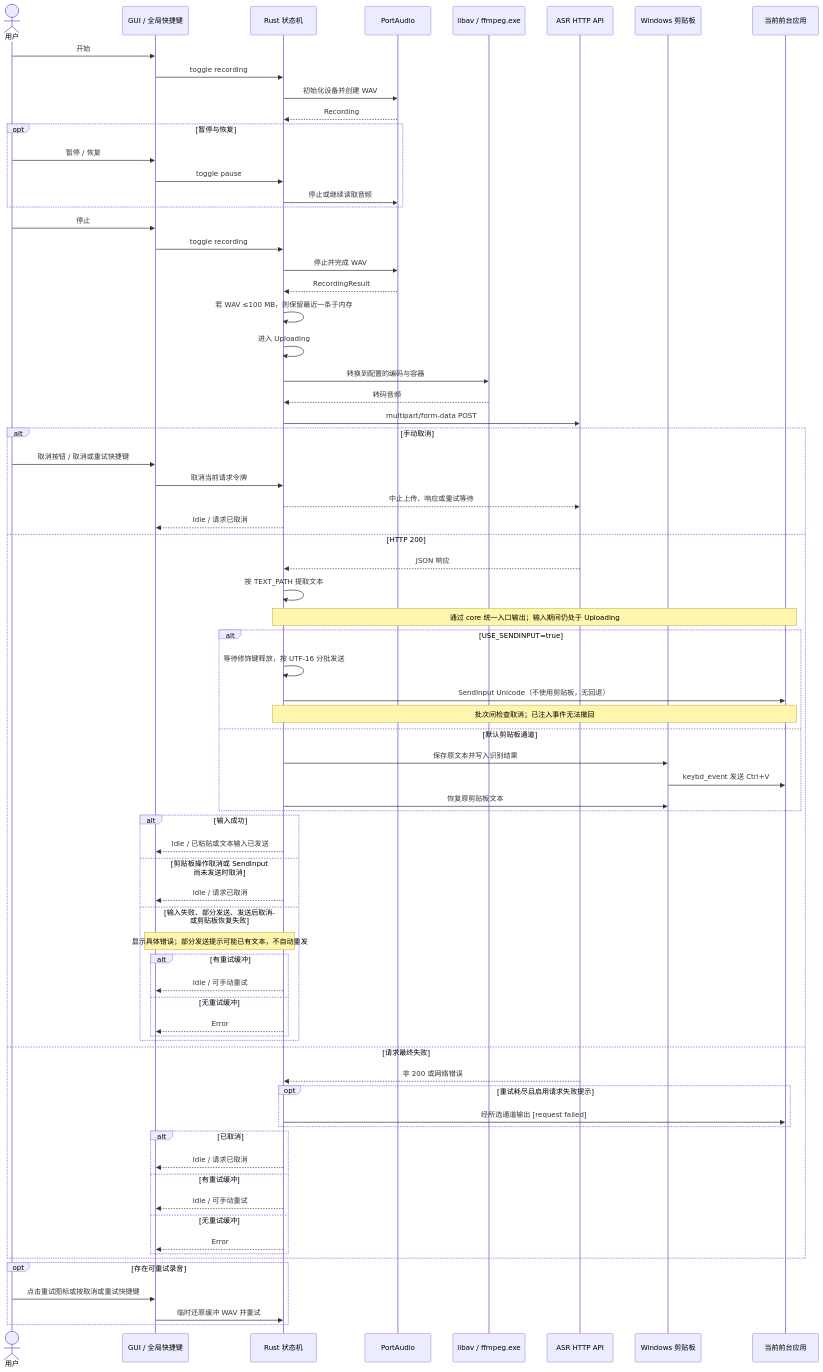
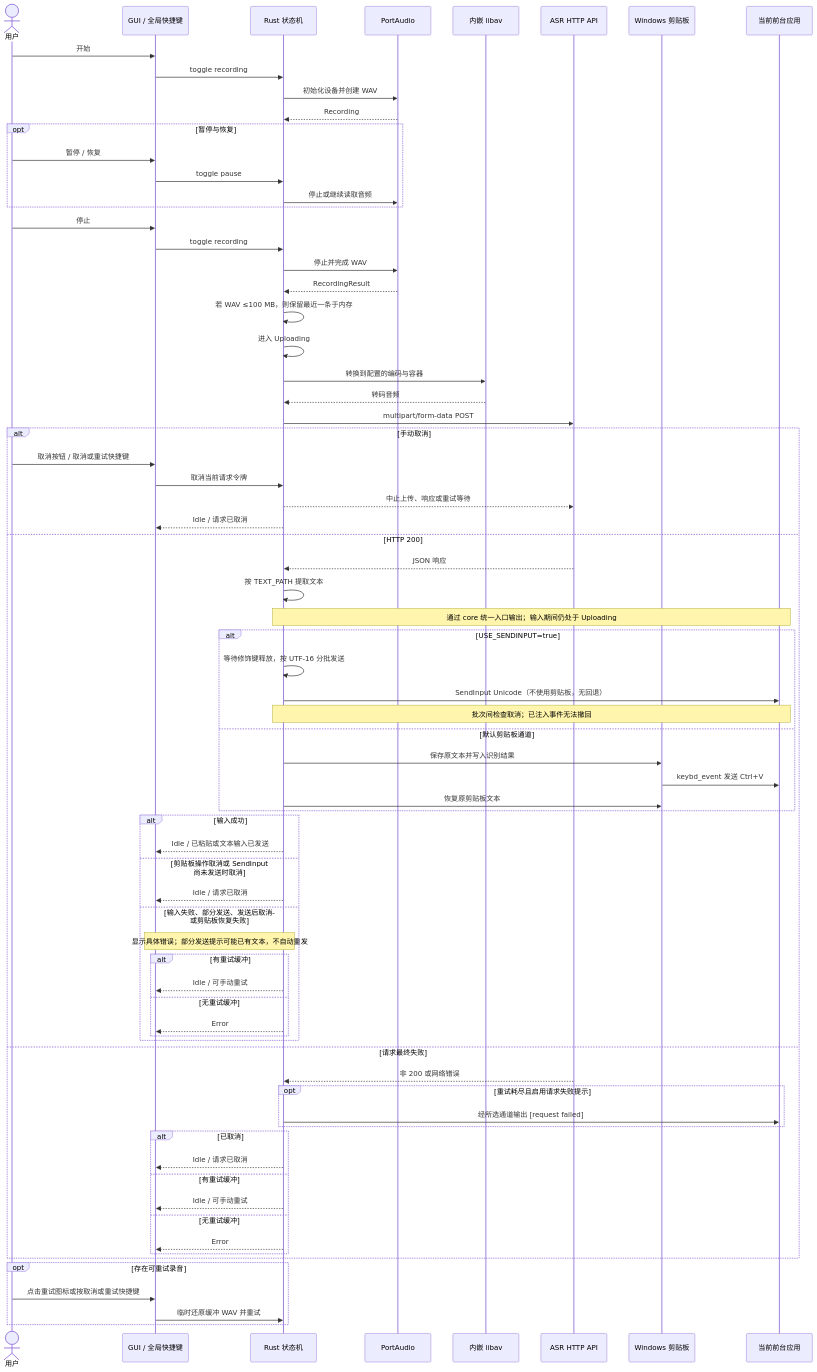
One commit to Joey-Kot/STT-for-Windows changed the second of 3 diagrams in README_ZH.md. Above: the diagram before and after it, drawn with Mermaid. The commit also changed other lines of this file and 28 other files, not shown here.

````diff
--- a/README_ZH.md
+++ b/README_ZH.md
@@ -105,81 +102,81 @@
 ```mermaid
 sequenceDiagram
     actor User as 用户
     participant Control as GUI / 全局快捷键
     participant Runtime as Rust 状态机
     participant Recorder as PortAudio
-    participant Converter as libav / ffmpeg.exe
+    participant Converter as 内嵌 libav
     participant ASR as ASR HTTP API
     participant Clipboard as Windows 剪贴板
     participant App as 当前前台应用
 
     User->>Control: 开始
     Control->>Runtime: toggle recording
     Runtime->>Recorder: 初始化设备并创建 WAV
     Recorder-->>Runtime: Recording
 
     opt 暂停与恢复
         User->>Control: 暂停 / 恢复
         Control->>Runtime: toggle pause
         Runtime->>Recorder: 停止或继续读取音频
     end
 
     User->>Control: 停止
     Control->>Runtime: toggle recording
     Runtime->>Recorder: 停止并完成 WAV
     Recorder-->>Runtime: RecordingResult
     Runtime->>Runtime: 若 WAV ≤100 MB，则保留最近一条于内存
     Runtime->>Runtime: 进入 Uploading
     Runtime->>Converter: 转换到配置的编码与容器
     Converter-->>Runtime: 转码音频
     Runtime->>ASR: multipart/form-data POST
 
     alt 手动取消
         User->>Control: 取消按钮 / 取消或重试快捷键
         Control->>Runtime: 取消当前请求令牌
         Runtime-->>ASR: 中止上传、响应或重试等待
         Runtime-->>Control: Idle / 请求已取消
     else HTTP 200
         ASR-->>Runtime: JSON 响应
         Runtime->>Runtime: 按 TEXT_PATH 提取文本
         Note over Runtime,App: 通过 core 统一入口输出；输入期间仍处于 Uploading
         alt USE_SENDINPUT=true
             Runtime->>Runtime: 等待修饰键释放，按 UTF-16 分批发送
             Runtime->>App: SendInput Unicode（不使用剪贴板，无回退）
             Note over Runtime,App: 批次间检查取消；已注入事件无法撤回
         else 默认剪贴板通道
             Runtime->>Clipboard: 保存原文本并写入识别结果
             Clipboard->>App: keybd_event 发送 Ctrl+V
             Runtime->>Clipboard: 恢复原剪贴板文本
         end
         alt 输入成功
             Runtime-->>Control: Idle / 已粘贴或文本输入已发送
         else 剪贴板操作取消或 SendInput 尚未发送时取消
             Runtime-->>Control: Idle / 请求已取消
         else 输入失败、部分发送、发送后取消或剪贴板恢复失败
             Note over Runtime,Control: 显示具体错误；部分发送提示可能已有文本，不自动重发
             alt 有重试缓冲
                 Runtime-->>Control: Idle / 可手动重试
             else 无重试缓冲
                 Runtime-->>Control: Error
             end
         end
     else 请求最终失败
         ASR-->>Runtime: 非 200 或网络错误
         opt 重试耗尽且启用请求失败提示
             Runtime->>App: 经所选通道输出 [request failed]
         end
         alt 已取消
             Runtime-->>Control: Idle / 请求已取消
         else 有重试缓冲
             Runtime-->>Control: Idle / 可手动重试
         else 无重试缓冲
             Runtime-->>Control: Error
         end
     end
 
     opt 存在可重试录音
         User->>Control: 点击重试图标或按取消或重试快捷键
         Control->>Runtime: 临时还原缓冲 WAV 并重试
     end
 ```
````
